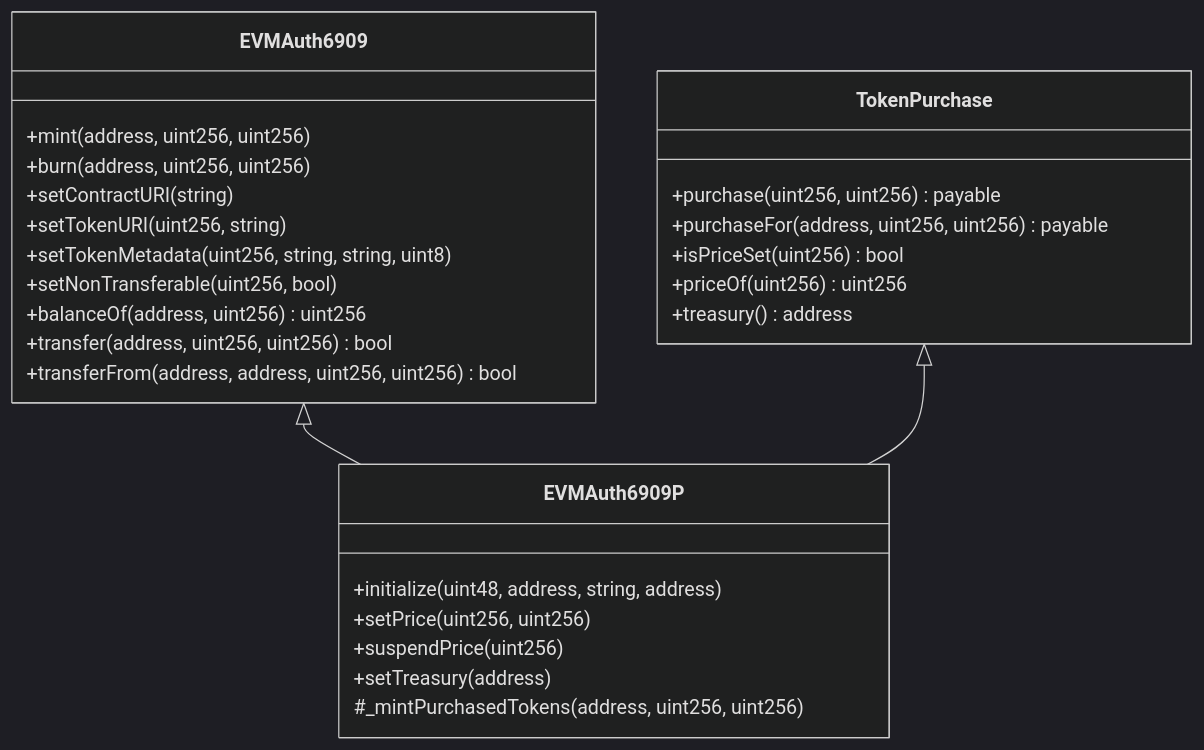
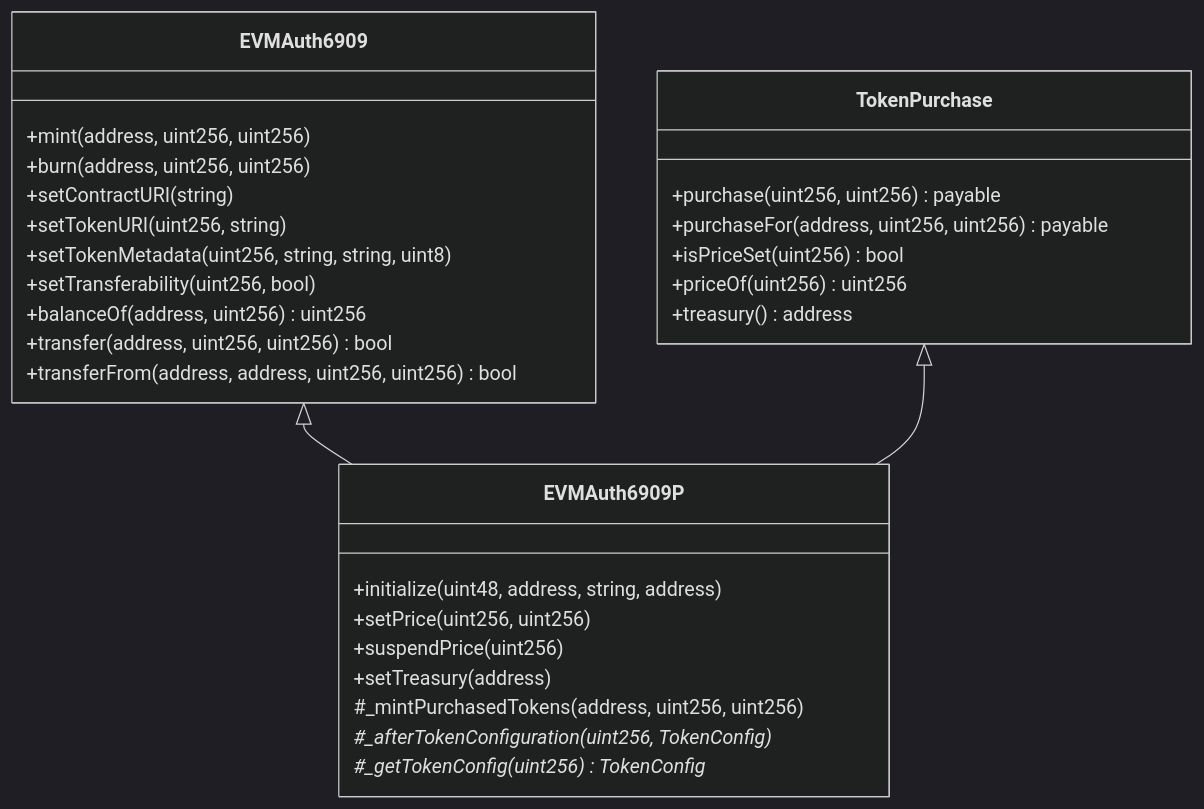
Diagram 14 of 18 in src/README.md (glanzz/evmauth-core), drawn with Mermaid (dark theme) before and after one commit. The commit also changed other lines of this file and 9 other files, not shown here.

Commit message:
feat: unified token configuration

````diff
--- a/src/README.md
+++ b/src/README.md
@@ -692,31 +778,33 @@
 ```mermaid
 classDiagram
     class EVMAuth6909{
         +mint(address, uint256, uint256)
         +burn(address, uint256, uint256)
         +setContractURI(string)
         +setTokenURI(uint256, string)
         +setTokenMetadata(uint256, string, string, uint8)
-        +setNonTransferable(uint256, bool)
+        +setTransferability(uint256, bool)
         +balanceOf(address, uint256) uint256
         +transfer(address, uint256, uint256) bool
         +transferFrom(address, address, uint256, uint256) bool
     }
     class TokenPurchase{
         +purchase(uint256, uint256) payable
         +purchaseFor(address, uint256, uint256) payable
         +isPriceSet(uint256) bool
         +priceOf(uint256) uint256
         +treasury() address
     }
     class EVMAuth6909P{
         +initialize(uint48, address, string, address)
         +setPrice(uint256, uint256)
         +suspendPrice(uint256)
         +setTreasury(address)
         #_mintPurchasedTokens(address, uint256, uint256)
+        #_afterTokenConfiguration(uint256, TokenConfig)*
+        #_getTokenConfig(uint256) TokenConfig*
     }
     
     EVMAuth6909 <|-- EVMAuth6909P
     TokenPurchase <|-- EVMAuth6909P
 ```
````
